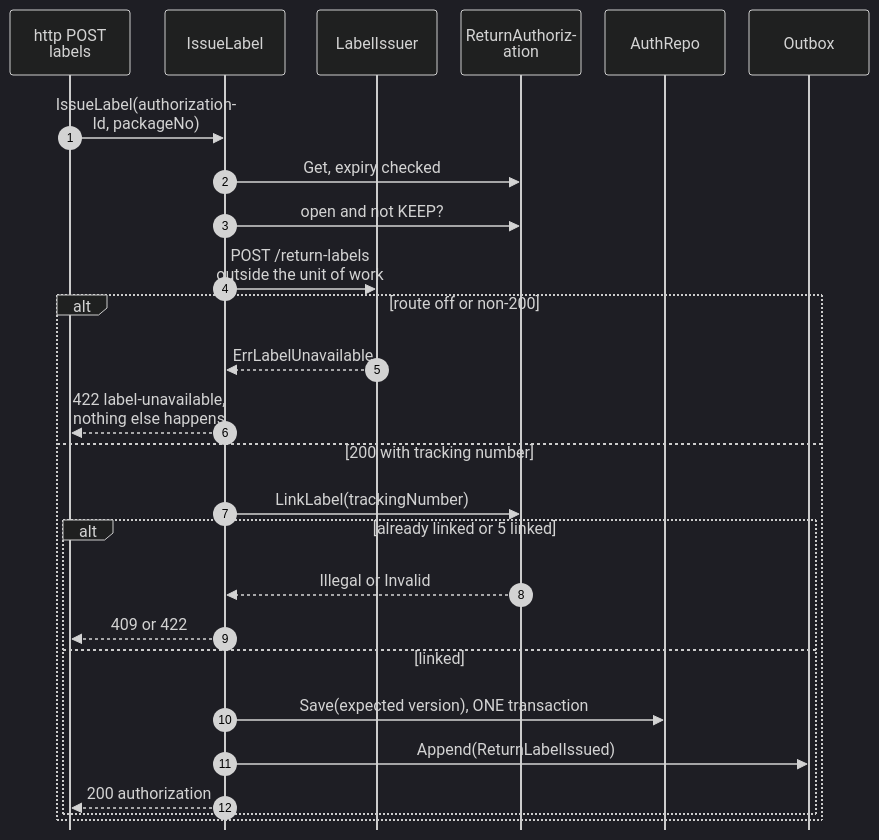
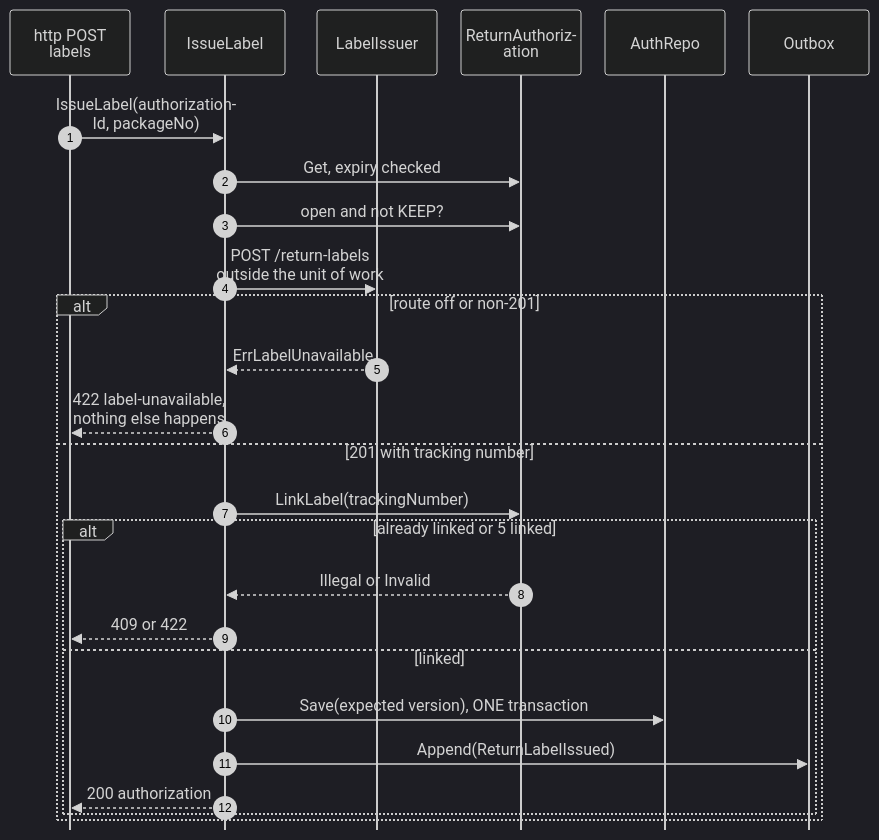
Before and after one commit to IQVO/customer-returns: the second of 4 diagrams in docs/docs/ddd/sequence-diagrams.md, drawn with Mermaid (dark theme). The commit also changed 5 other files, not shown here.

````diff
--- a/docs/docs/ddd/sequence-diagrams.md
+++ b/docs/docs/ddd/sequence-diagrams.md
@@ -63,29 +63,29 @@
 ```mermaid
 %%{init: {"sequence": {"wrap": true, "width": 120, "actorMargin": 24, "messageMargin": 28, "boxMargin": 6, "noteMargin": 6, "mirrorActors": false}}}%%
 sequenceDiagram
     autonumber
     participant H as http POST labels
     participant UC as IssueLabel
     participant L as LabelIssuer
     participant A as ReturnAuthorization
     participant R as AuthRepo
     participant OB as Outbox
     H->>UC: IssueLabel(authorizationId, packageNo)
     UC->>A: Get, expiry checked
     UC->>A: open and not KEEP?
     UC->>L: POST /return-labels outside the unit of work
-    alt route off or non-200
+    alt route off or non-201
         L-->>UC: ErrLabelUnavailable
         UC-->>H: 422 label-unavailable, nothing else happens
-    else 200 with tracking number
+    else 201 with tracking number
         UC->>A: LinkLabel(trackingNumber)
         alt already linked or 5 linked
             A-->>UC: Illegal or Invalid
             UC-->>H: 409 or 422
         else linked
             UC->>R: Save(expected version), ONE transaction
             UC->>OB: Append(ReturnLabelIssued)
             UC-->>H: 200 authorization
         end
     end
 ```
````
